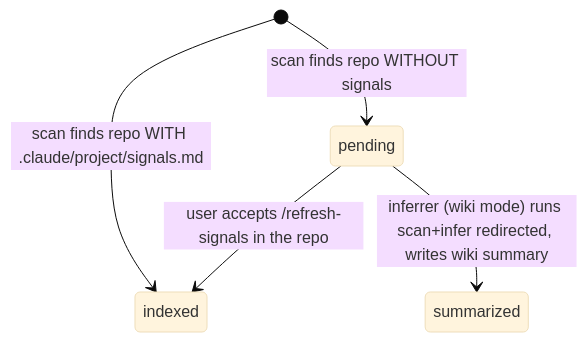
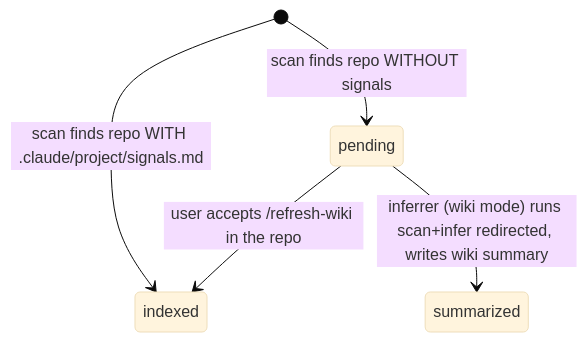
The first of 3 diagrams in docs/design/wiki.md (damusix/atomic-claude), drawn with Mermaid (base theme) before and after one commit. The commit also changed other lines of this file and 52 other files, not shown here.

````diff
--- a/docs/design/wiki.md
+++ b/docs/design/wiki.md
@@ -49,7 +49,7 @@
 ```mermaid
 stateDiagram-v2
     [*] --> indexed: scan finds repo WITH .claude/project/signals.md
     [*] --> pending: scan finds repo WITHOUT signals
     pending --> summarized: inferrer (wiki mode) runs scan+infer redirected, writes wiki summary
-    pending --> indexed: user accepts /refresh-signals in the repo
+    pending --> indexed: user accepts /refresh-wiki in the repo
 ```
````
